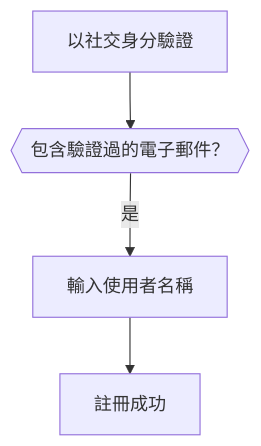
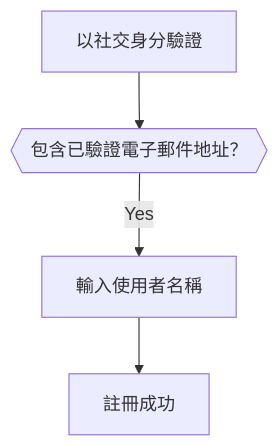
The third of 6 diagrams in i18n/zh-TW/docusaurus-plugin-content-docs/current/end-user-flows/sign-up-and-sign-in/social-sign-in.mdx (logto-io/docs), drawn with Mermaid before and after one commit. The commit also changed other lines of this file and 666 other files, not shown here.

````diff
--- a/i18n/zh-TW/docusaurus-plugin-content-docs/current/end-user-flows/sign-up-and-sign-in/social-sign-in.mdx
+++ b/i18n/zh-TW/docusaurus-plugin-content-docs/current/end-user-flows/sign-up-and-sign-in/social-sign-in.mdx
@@ -112,6 +112,6 @@
    ```mermaid
    flowchart TD
-      A[以社交身分驗證] --> B{{包含驗證過的電子郵件？}}
-      B -- 是 --> C[輸入使用者名稱]
+      A[以社交身分驗證] --> B{{包含已驗證電子郵件地址？}}
+      B -- Yes --> C[輸入使用者名稱]
       C --> D[註冊成功]
    ```
````
